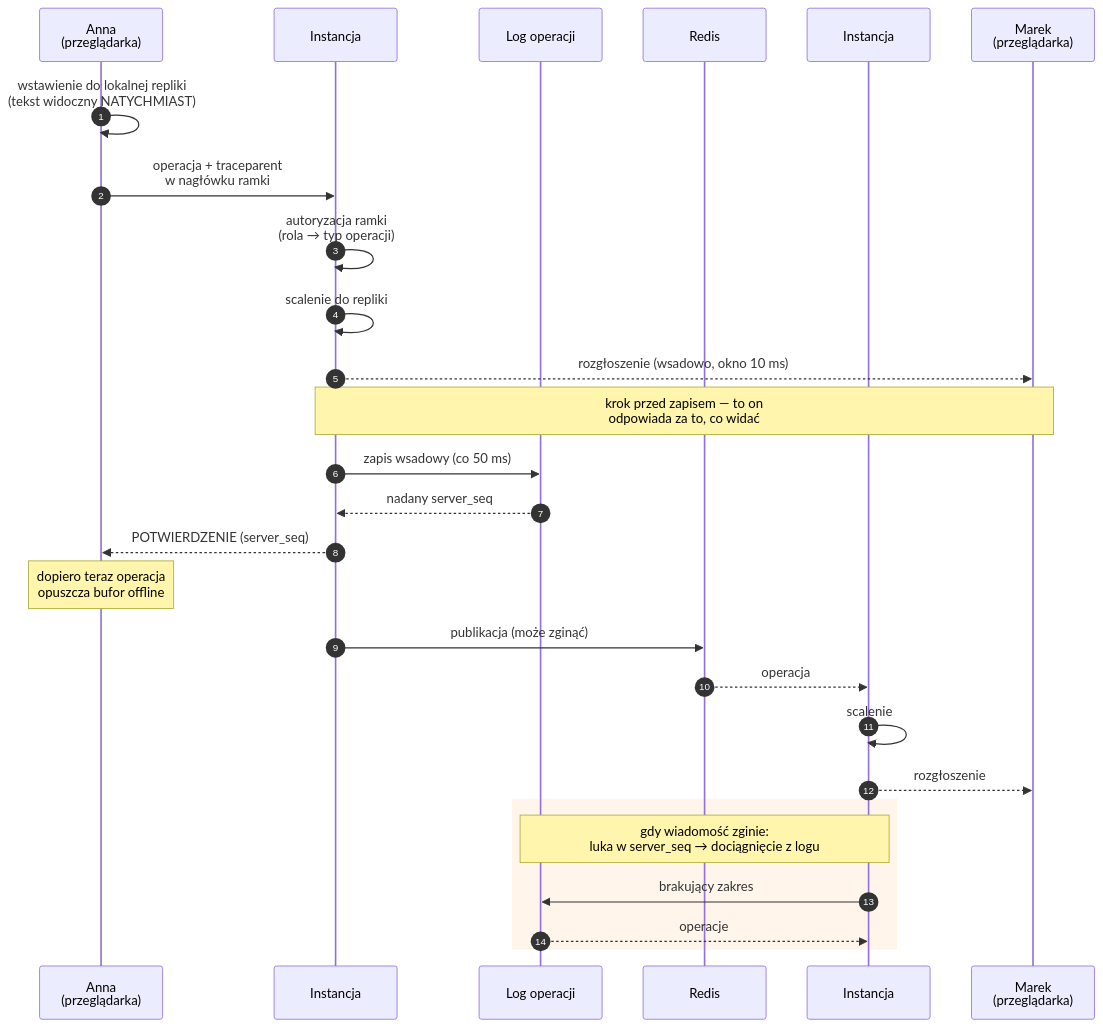
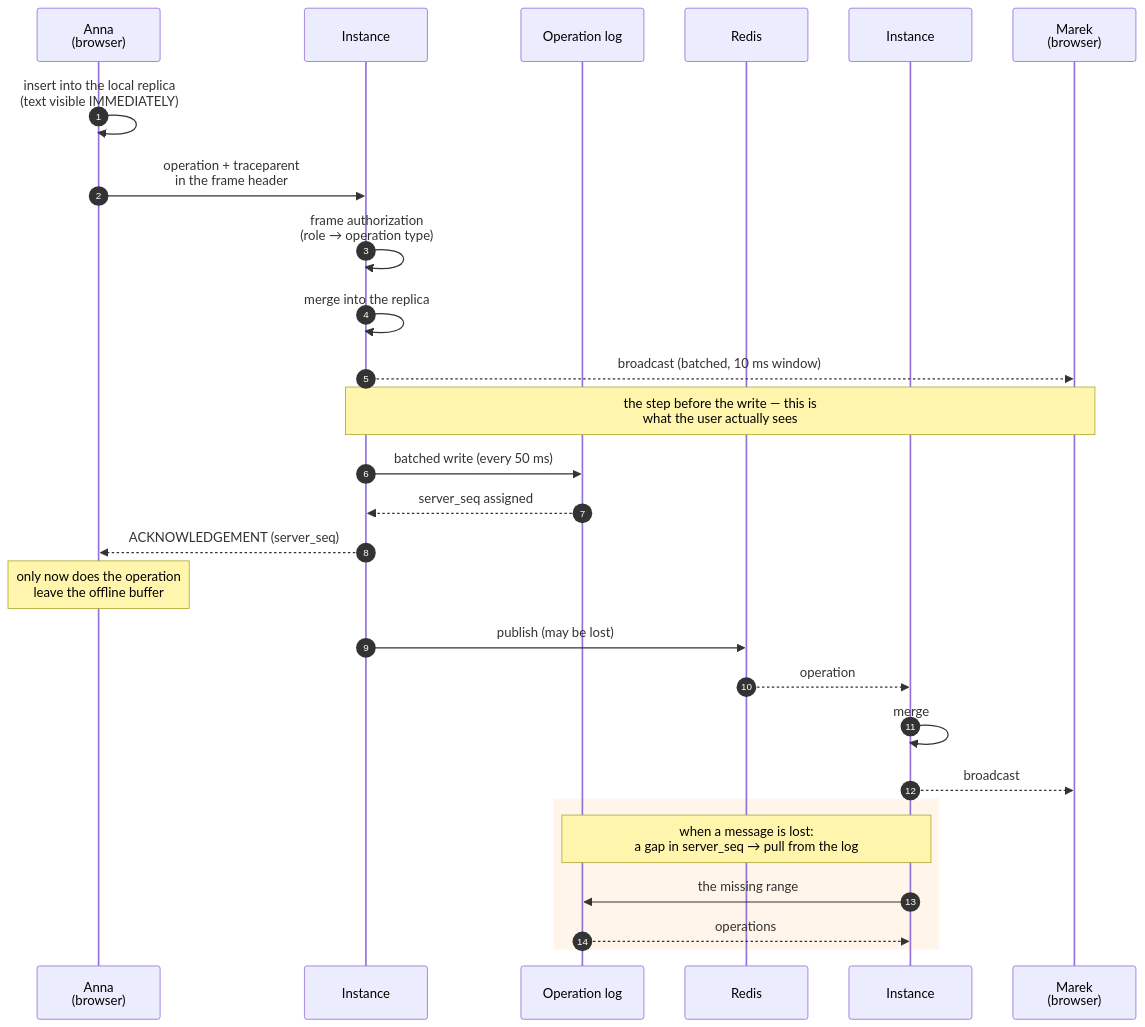
One commit to mblaszczykowski/Collaborative-Document-Editor changed the second of 4 diagrams in docs/architektura.md. Above: the diagram before and after it, drawn with Mermaid. The commit also changed other lines of this file and 1 other file, not shown here.

Commit message:
docs(i18n): crdt-design and the architecture diagrams in English

````diff
--- a/docs/architektura.md
+++ b/docs/architektura.md
@@ -64,33 +64,33 @@
 ```mermaid
 sequenceDiagram
     autonumber
-    participant A as Anna<br/>(przeglądarka)
-    participant S as Instancja #1
-    participant DB as Log operacji
+    participant A as Anna<br/>(browser)
+    participant S as Instance #1
+    participant DB as Operation log
     participant R as Redis
-    participant S2 as Instancja #2
-    participant M as Marek<br/>(przeglądarka)
+    participant S2 as Instance #2
+    participant M as Marek<br/>(browser)
 
-    A->>A: wstawienie do lokalnej repliki<br/>(tekst widoczny NATYCHMIAST)
-    A->>S: operacja + traceparent<br/>w nagłówku ramki
-    S->>S: autoryzacja ramki<br/>(rola → typ operacji)
-    S->>S: scalenie do repliki
-    S-->>M: rozgłoszenie (wsadowo, okno 10 ms)
-    Note over S,M: krok przed zapisem — to on<br/>odpowiada za to, co widać
+    A->>A: insert into the local replica<br/>(text visible IMMEDIATELY)
+    A->>S: operation + traceparent<br/>in the frame header
+    S->>S: frame authorization<br/>(role → operation type)
+    S->>S: merge into the replica
+    S-->>M: broadcast (batched, 10 ms window)
+    Note over S,M: the step before the write — this is<br/>what the user actually sees
 
-    S->>DB: zapis wsadowy (co 50 ms)
-    DB-->>S: nadany server_seq
-    S-->>A: POTWIERDZENIE (server_seq)
-    Note over A: dopiero teraz operacja<br/>opuszcza bufor offline
+    S->>DB: batched write (every 50 ms)
+    DB-->>S: server_seq assigned
+    S-->>A: ACKNOWLEDGEMENT (server_seq)
+    Note over A: only now does the operation<br/>leave the offline buffer
 
-    S->>R: publikacja (może zginąć)
-    R-->>S2: operacja
-    S2->>S2: scalenie
-    S2-->>M: rozgłoszenie
+    S->>R: publish (may be lost)
+    R-->>S2: operation
+    S2->>S2: merge
+    S2-->>M: broadcast
 
     rect rgb(255, 245, 235)
-        Note over S2,DB: gdy wiadomość zginie:<br/>luka w server_seq → dociągnięcie z logu
-        S2->>DB: brakujący zakres
-        DB-->>S2: operacje
+        Note over S2,DB: when a message is lost:<br/>a gap in server_seq → pull from the log
+        S2->>DB: the missing range
+        DB-->>S2: operations
     end
 ```
````
